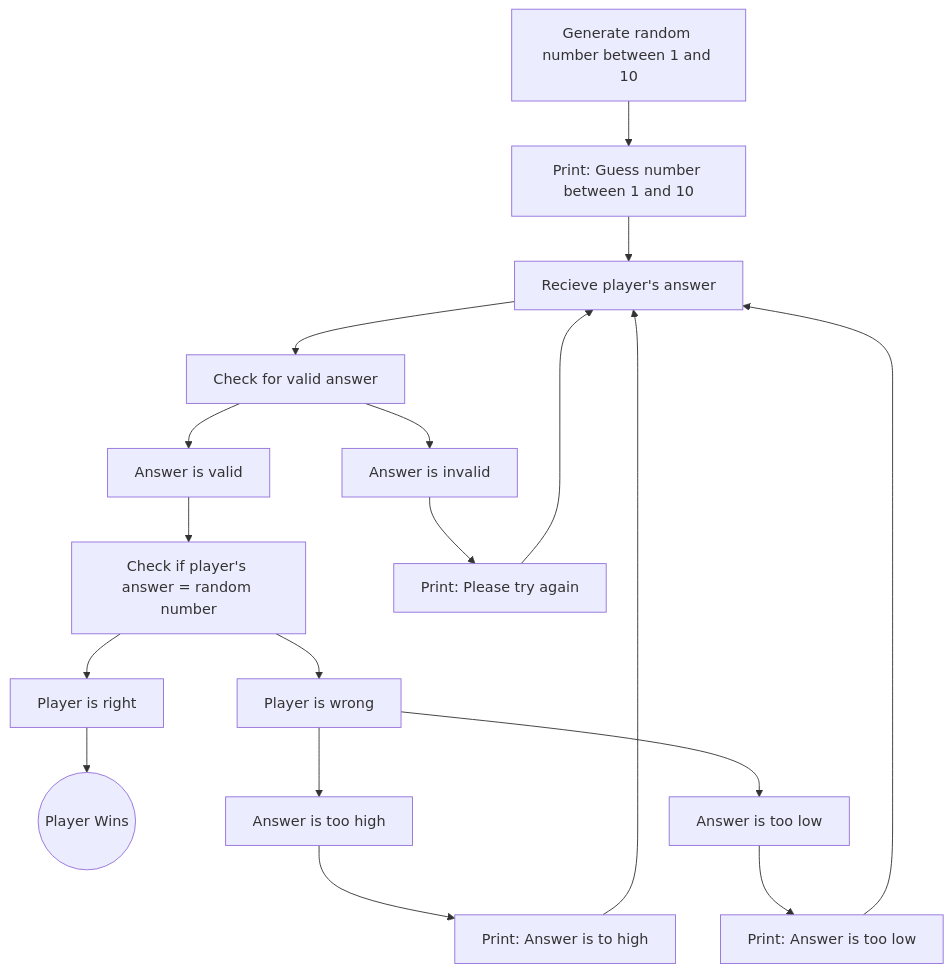
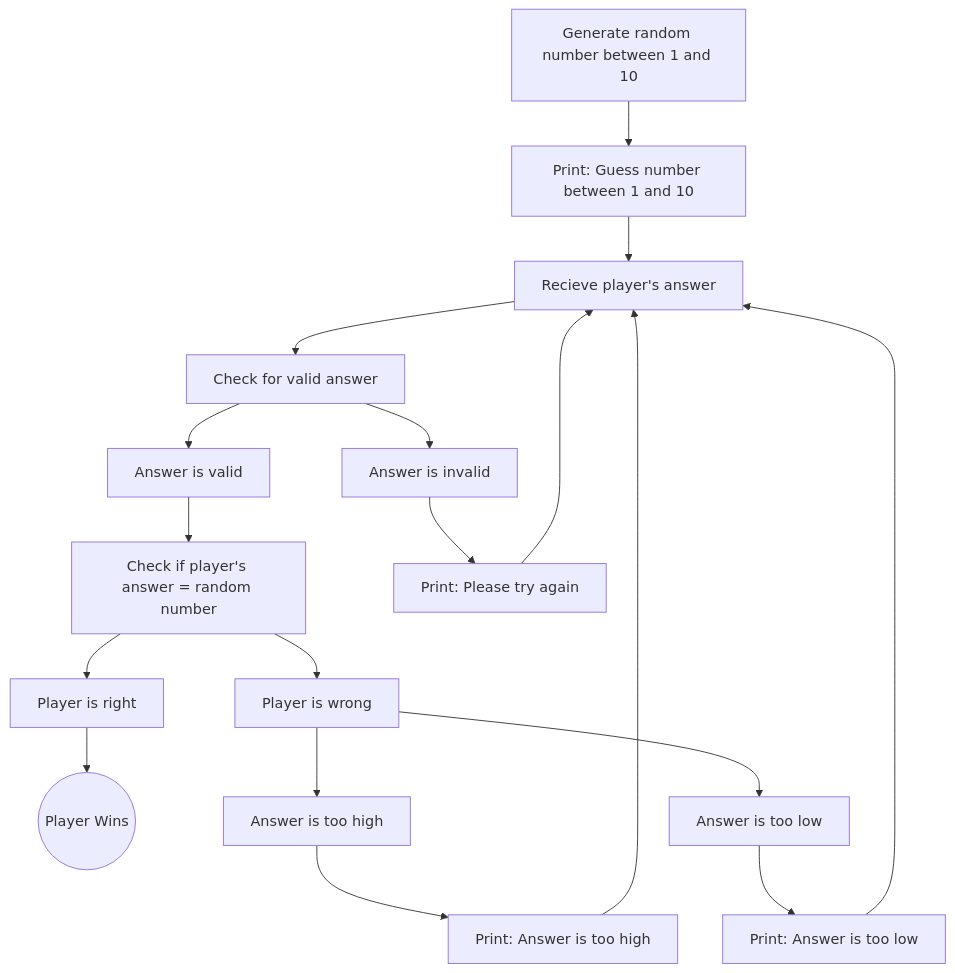
One commit to caleb-mook/caleb-mook.github.io changed the diagram in Guessing.md. Above: the diagram before and after it, drawn with Mermaid.

````diff
--- a/Guessing.md
+++ b/Guessing.md
@@ -1,20 +1,20 @@
 ```mermaid
     flowchart TD
     generate[Generate random number between 1 and 10] --> print_Q[Print: Guess number between 1 and 10]
     print_Q --> get_answer[Recieve player's answer]
     get_answer --> checkv[Check for valid answer]
     checkv --> valid[Answer is valid]
     valid --> check_answer[Check if player's answer = random number]
     checkv --> nvalid[Answer is invalid]
     nvalid --> try_again[Print: Please try again]
     try_again --> get_answer
     check_answer --> player_right[Player is right]
     player_right --> win((Player Wins))
     check_answer --> player_wrong[Player is wrong]
     player_wrong --> too_high[Answer is too high]
-    too_high --> print_too_high[Print: Answer is to high]
+    too_high --> print_too_high[Print: Answer is too high]
     print_too_high --> get_answer
     player_wrong --> too_low[Answer is too low]
     too_low --> print_too_low[Print: Answer is too low]
     print_too_low --> get_answer
 ```
````
